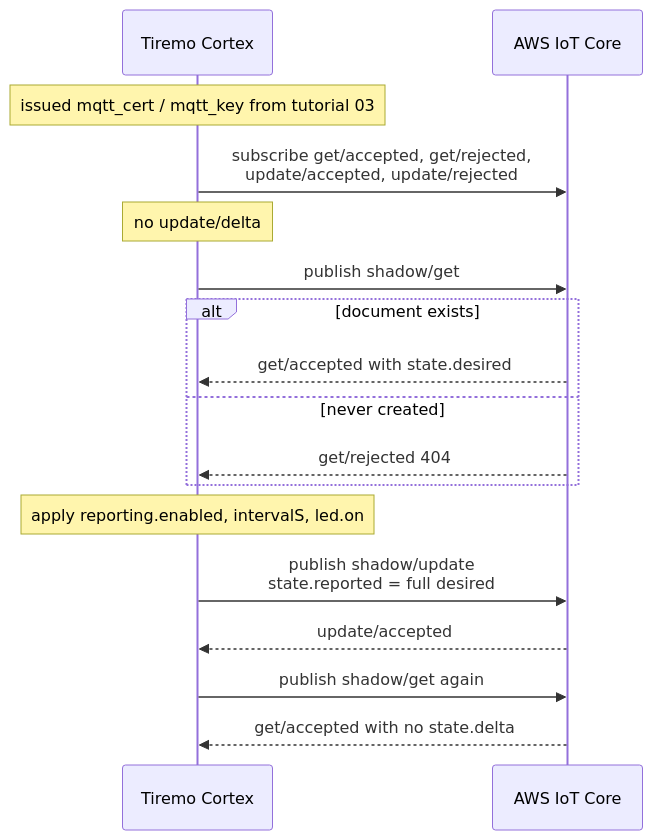
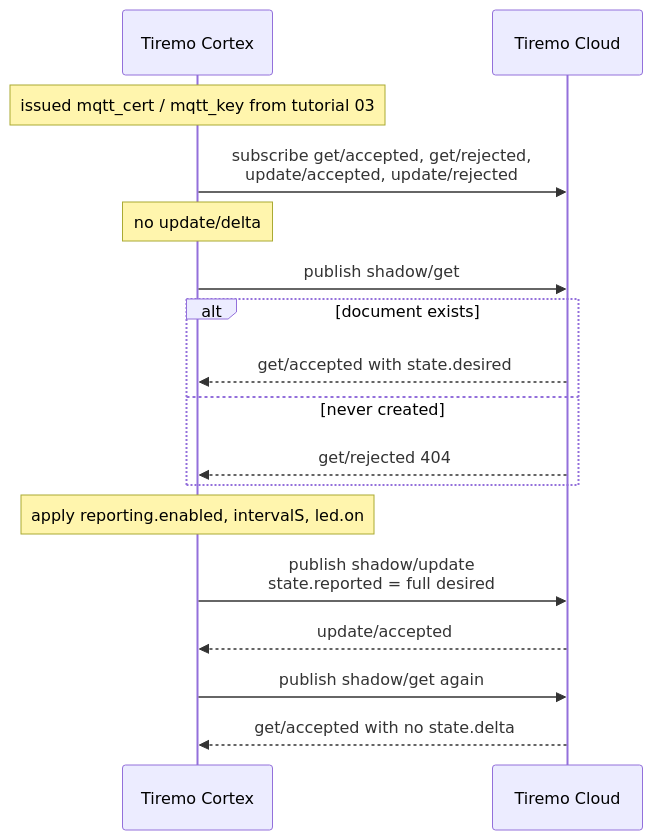
One commit to Empa-Electronics/Tiremo-Cortex-Tutorials changed the first of 2 diagrams in Tiremo_Cloud/Feature_Tutorials/04-Shadow_Get_Apply_Report/README.md. Above: the diagram before and after it, drawn with Mermaid. The commit also changed other lines of this file and 113 other files, not shown here.

````diff
--- a/Tiremo_Cloud/Feature_Tutorials/04-Shadow_Get_Apply_Report/README.md
+++ b/Tiremo_Cloud/Feature_Tutorials/04-Shadow_Get_Apply_Report/README.md
@@ -43,20 +43,20 @@
 ```mermaid
 sequenceDiagram
     participant Board as Tiremo Cortex
-    participant AWS as AWS IoT Core
+    participant Cloud as Tiremo Cloud
 
     Note over Board: issued mqtt_cert / mqtt_key from tutorial 03
-    Board->>AWS: subscribe get/accepted, get/rejected,<br/>update/accepted, update/rejected
+    Board->>Cloud: subscribe get/accepted, get/rejected,<br/>update/accepted, update/rejected
     Note over Board: no update/delta
-    Board->>AWS: publish shadow/get
+    Board->>Cloud: publish shadow/get
     alt document exists
-        AWS-->>Board: get/accepted with state.desired
+        Cloud-->>Board: get/accepted with state.desired
     else never created
-        AWS-->>Board: get/rejected 404
+        Cloud-->>Board: get/rejected 404
     end
     Note over Board: apply reporting.enabled, intervalS, led.on
-    Board->>AWS: publish shadow/update<br/>state.reported = full desired
-    AWS-->>Board: update/accepted
-    Board->>AWS: publish shadow/get again
-    AWS-->>Board: get/accepted with no state.delta
+    Board->>Cloud: publish shadow/update<br/>state.reported = full desired
+    Cloud-->>Board: update/accepted
+    Board->>Cloud: publish shadow/get again
+    Cloud-->>Board: get/accepted with no state.delta
 ```
````
